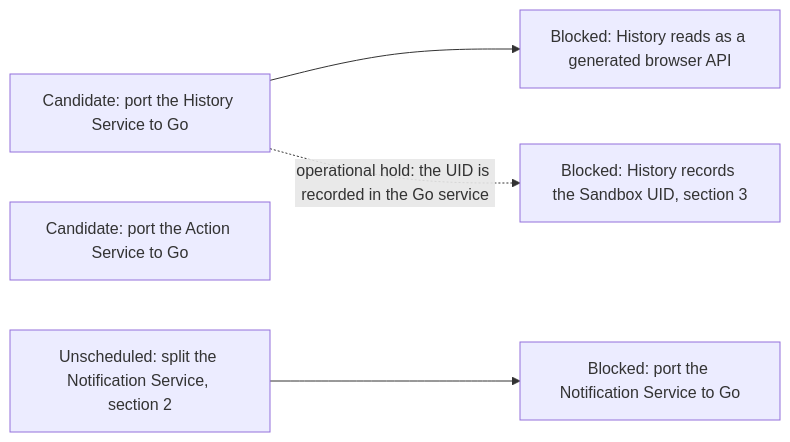
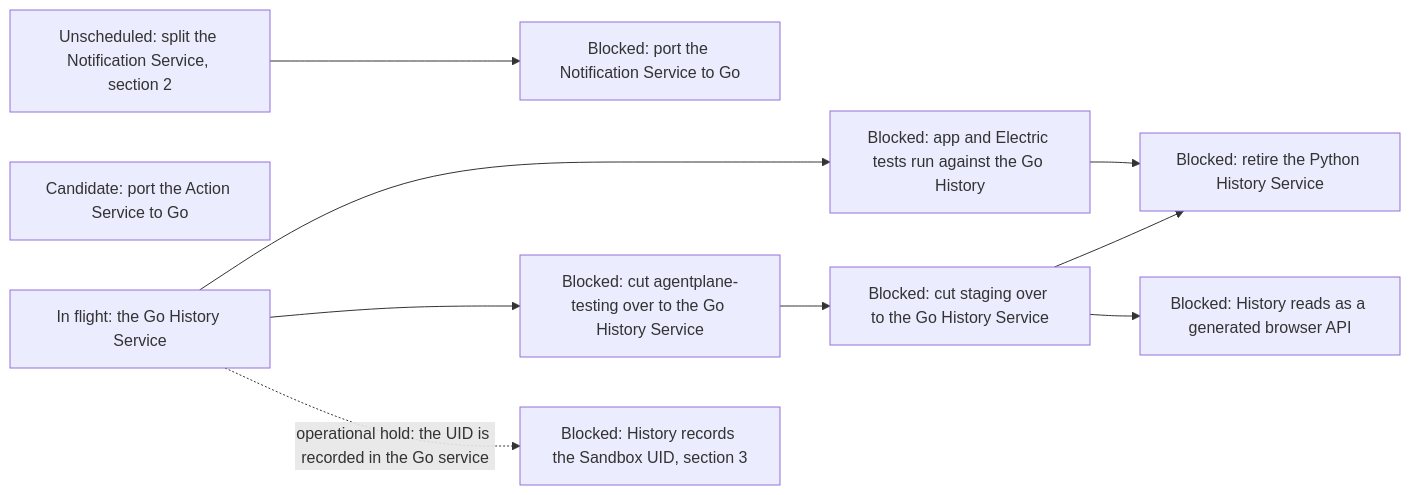
One commit to agentydragon/ducktape changed diagram 17 of 17 in agentplane/plans/task_dag.md. Above: the diagram before and after it, drawn with Mermaid. The commit also changed other lines of this file, not shown here.

First line of the commit message:
Split the History Service Go port into its DAG nodes

````diff
--- a/agentplane/plans/task_dag.md
+++ b/agentplane/plans/task_dag.md
@@ -1956,12 +1956,21 @@
 ```mermaid
 flowchart LR
-    HISTORY_SERVICE_GO_PORT[Candidate: port the History Service to Go]
+    HISTORY_GO_SERVICE[In flight: the Go History Service]
+    HISTORY_TEST_BACKEND_ON_GO[Blocked: app and Electric tests run against the Go History]
+    HISTORY_GO_TESTING_CUTOVER[Blocked: cut agentplane-testing over to the Go History Service]
+    HISTORY_GO_STAGING_CUTOVER[Blocked: cut staging over to the Go History Service]
+    HISTORY_PYTHON_RETIREMENT[Blocked: retire the Python History Service]
     HISTORY_READS_FACADE[Blocked: History reads as a generated browser API]
     NOTIFICATION_SERVICE_GO_PORT[Blocked: port the Notification Service to Go]
     ACTION_SERVICE_GO_PORT[Candidate: port the Action Service to Go]
     NOTIFICATION_SERVICE_SPLIT[Unscheduled: split the Notification Service, section 2]
     HISTORY_SANDBOX_UID[Blocked: History records the Sandbox UID, section 3]
-    HISTORY_SERVICE_GO_PORT --> HISTORY_READS_FACADE
+    HISTORY_GO_SERVICE --> HISTORY_TEST_BACKEND_ON_GO
+    HISTORY_GO_SERVICE --> HISTORY_GO_TESTING_CUTOVER
+    HISTORY_GO_TESTING_CUTOVER --> HISTORY_GO_STAGING_CUTOVER
+    HISTORY_GO_STAGING_CUTOVER --> HISTORY_PYTHON_RETIREMENT
+    HISTORY_TEST_BACKEND_ON_GO --> HISTORY_PYTHON_RETIREMENT
+    HISTORY_GO_STAGING_CUTOVER --> HISTORY_READS_FACADE
     NOTIFICATION_SERVICE_SPLIT --> NOTIFICATION_SERVICE_GO_PORT
-    HISTORY_SERVICE_GO_PORT -. operational hold: the UID is recorded in the Go service .-> HISTORY_SANDBOX_UID
+    HISTORY_GO_SERVICE -. operational hold: the UID is recorded in the Go service .-> HISTORY_SANDBOX_UID
 ```
````
